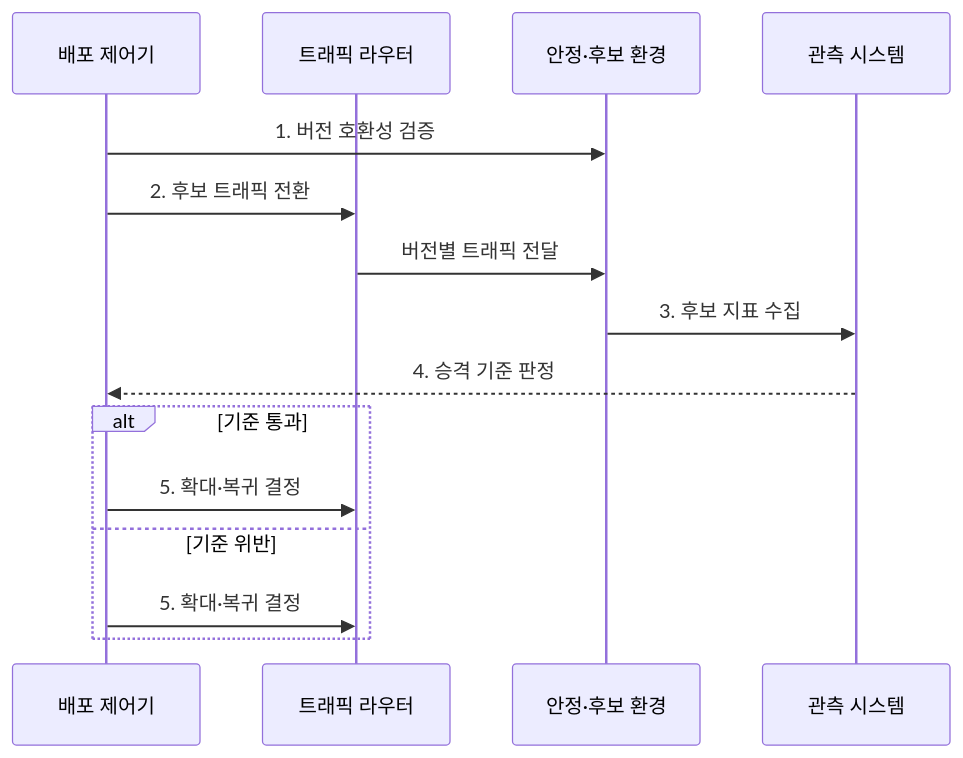
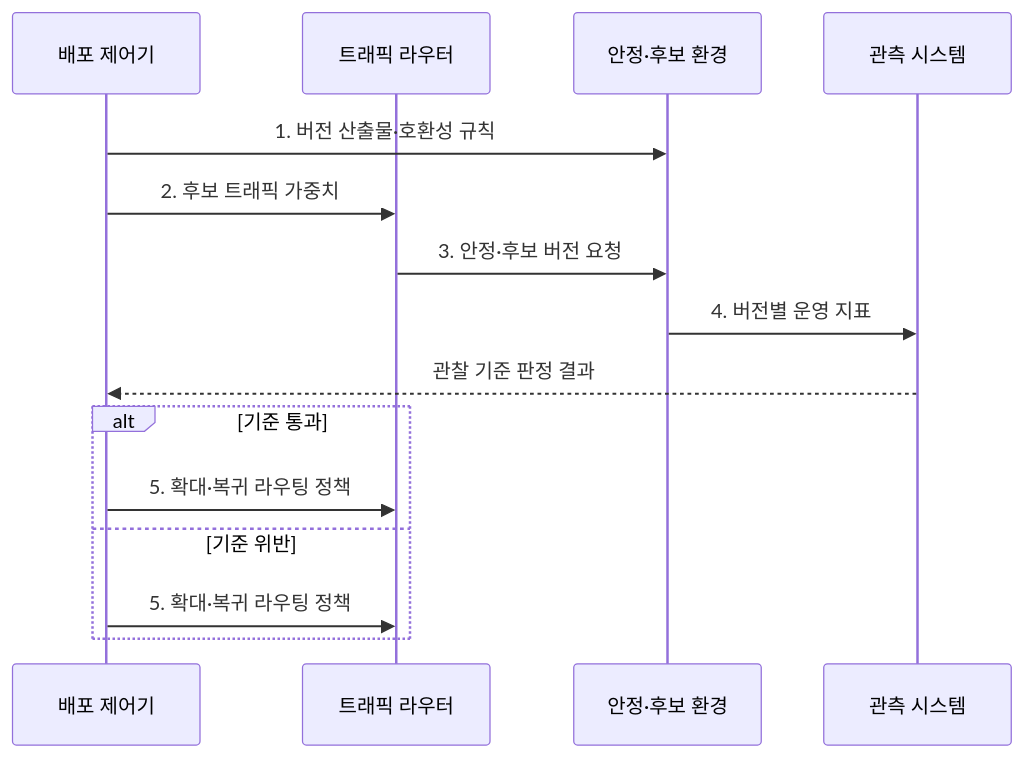
The second of 2 diagrams in src/content/docs/notes/03-software/063_canary_blue_green_deployment.md (agnusdei1207/knowledge-base), drawn with Mermaid before and after one commit. The commit also changed other lines of this file and 20 other files, not shown here.

````diff
--- a/src/content/docs/notes/03-software/063_canary_blue_green_deployment.md
+++ b/src/content/docs/notes/03-software/063_canary_blue_green_deployment.md
@@ -81,17 +91,17 @@
 ```mermaid
 sequenceDiagram
     participant D as 배포 제어기
     participant R as 트래픽 라우터
     participant V as 안정·후보 환경
     participant O as 관측 시스템
-    D->>V: 1. 버전 호환성 검증
-    D->>R: 2. 후보 트래픽 전환
-    R->>V: 버전별 트래픽 전달
-    V->>O: 3. 후보 지표 수집
-    O-->>D: 4. 승격 기준 판정
+    D->>V: 1. 버전 산출물·호환성 규칙
+    D->>R: 2. 후보 트래픽 가중치
+    R->>V: 3. 안정·후보 버전 요청
+    V->>O: 4. 버전별 운영 지표
+    O-->>D: 관찰 기준 판정 결과
     alt 기준 통과
-        D->>R: 5. 확대·복귀 결정
+        D->>R: 5. 확대·복귀 라우팅 정책
     else 기준 위반
-        D->>R: 5. 확대·복귀 결정
+        D->>R: 5. 확대·복귀 라우팅 정책
     end
 ```
````
